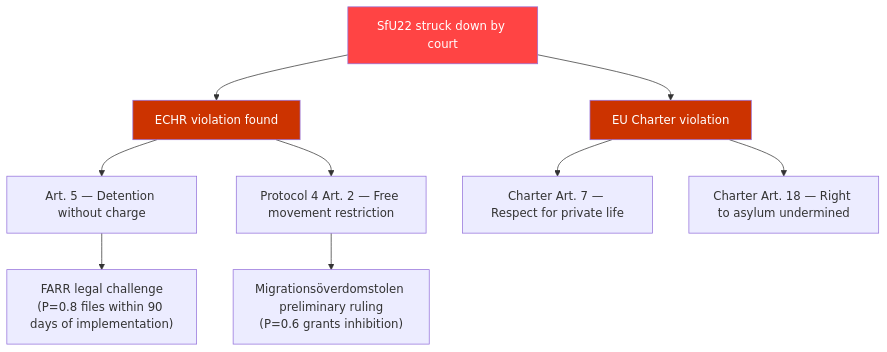
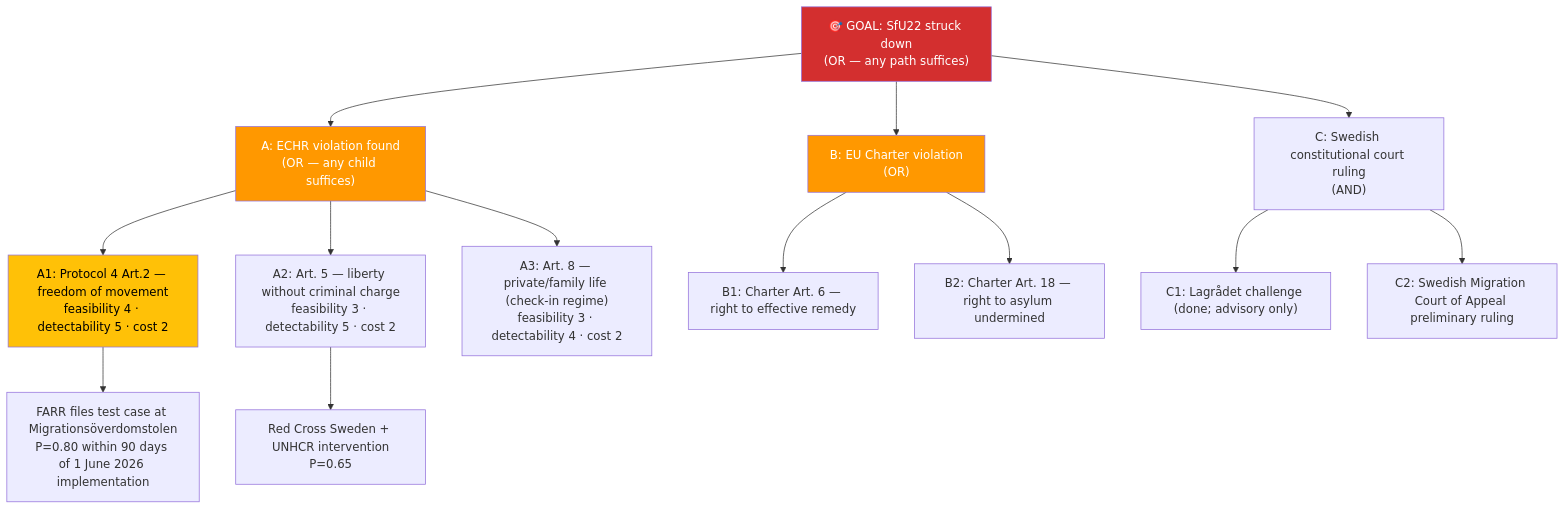
Before and after one commit to Hack23/riksdagsmonitor: the second of 5 diagrams in analysis/daily/2026-04-21/committeeReports/threat-analysis.md, drawn with Mermaid. The commit also changed other lines of this file and 10 other files, not shown here.

````diff
--- a/analysis/daily/2026-04-21/committeeReports/threat-analysis.md
+++ b/analysis/daily/2026-04-21/committeeReports/threat-analysis.md
@@ -66,14 +62,20 @@
 ```mermaid
 graph TB
-    ROOT["SfU22 struck down by court"] --> A["ECHR violation found"]
-    ROOT --> B["EU Charter violation"]
-    A --> A1["Art. 5 — Detention without charge"]
-    A --> A2["Protocol 4 Art. 2 — Free movement restriction"]
-    B --> B1["Charter Art. 7 — Respect for private life"]
-    B --> B2["Charter Art. 18 — Right to asylum undermined"]
-    A1 --> M1["FARR legal challenge\n(P=0.8 files within 90 days of implementation)"]
-    A2 --> M2["Migrationsöverdomstolen preliminary ruling\n(P=0.6 grants inhibition)"]
-    style ROOT fill:#ff4444,color:#fff
-    style A fill:#cc3300,color:#fff
-    style B fill:#cc3300,color:#fff
+    ROOT["🎯 GOAL: SfU22 struck down<br/>(OR — any path suffices)"]
+    ROOT --> A["A: ECHR violation found<br/>(OR — any child suffices)"]
+    ROOT --> B["B: EU Charter violation<br/>(OR)"]
+    ROOT --> C["C: Swedish constitutional court ruling<br/>(AND)"]
+    A --> A1["A1: Protocol 4 Art.2 — freedom of movement<br/>feasibility 4 · detectability 5 · cost 2"]
+    A --> A2["A2: Art. 5 — liberty without criminal charge<br/>feasibility 3 · detectability 5 · cost 2"]
+    A --> A3["A3: Art. 8 — private/family life (check-in regime)<br/>feasibility 3 · detectability 4 · cost 2"]
+    B --> B1["B1: Charter Art. 6 — right to effective remedy"]
+    B --> B2["B2: Charter Art. 18 — right to asylum undermined"]
+    C --> C1["C1: Lagrådet challenge (done; advisory only)"]
+    C --> C2["C2: Swedish Migration Court of Appeal preliminary ruling"]
+    A1 --> M1["FARR files test case at Migrationsöverdomstolen<br/>P=0.80 within 90 days of 1 June 2026 implementation"]
+    A2 --> M2["Red Cross Sweden + UNHCR intervention<br/>P=0.65"]
+    style ROOT fill:#D32F2F,color:#FFF
+    style A fill:#FF9800,color:#FFF
+    style B fill:#FF9800,color:#FFF
+    style A1 fill:#FFC107,color:#000
 ```
````
